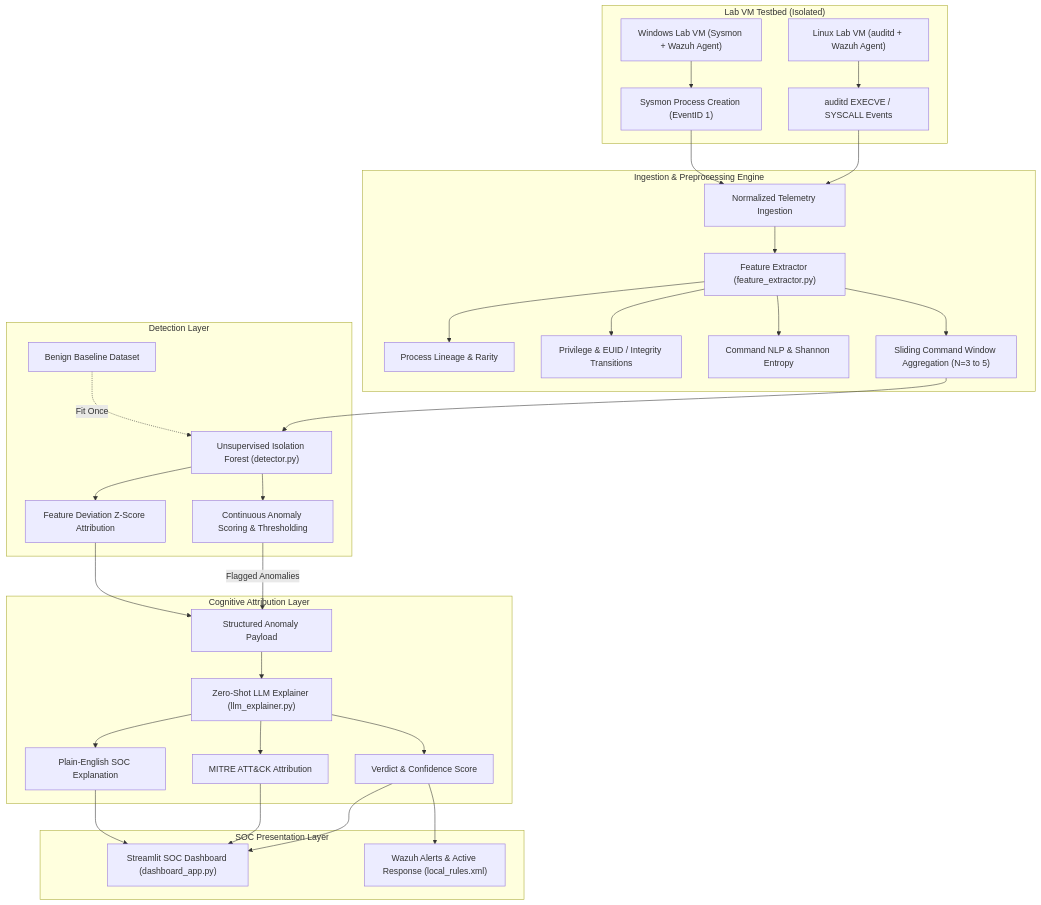
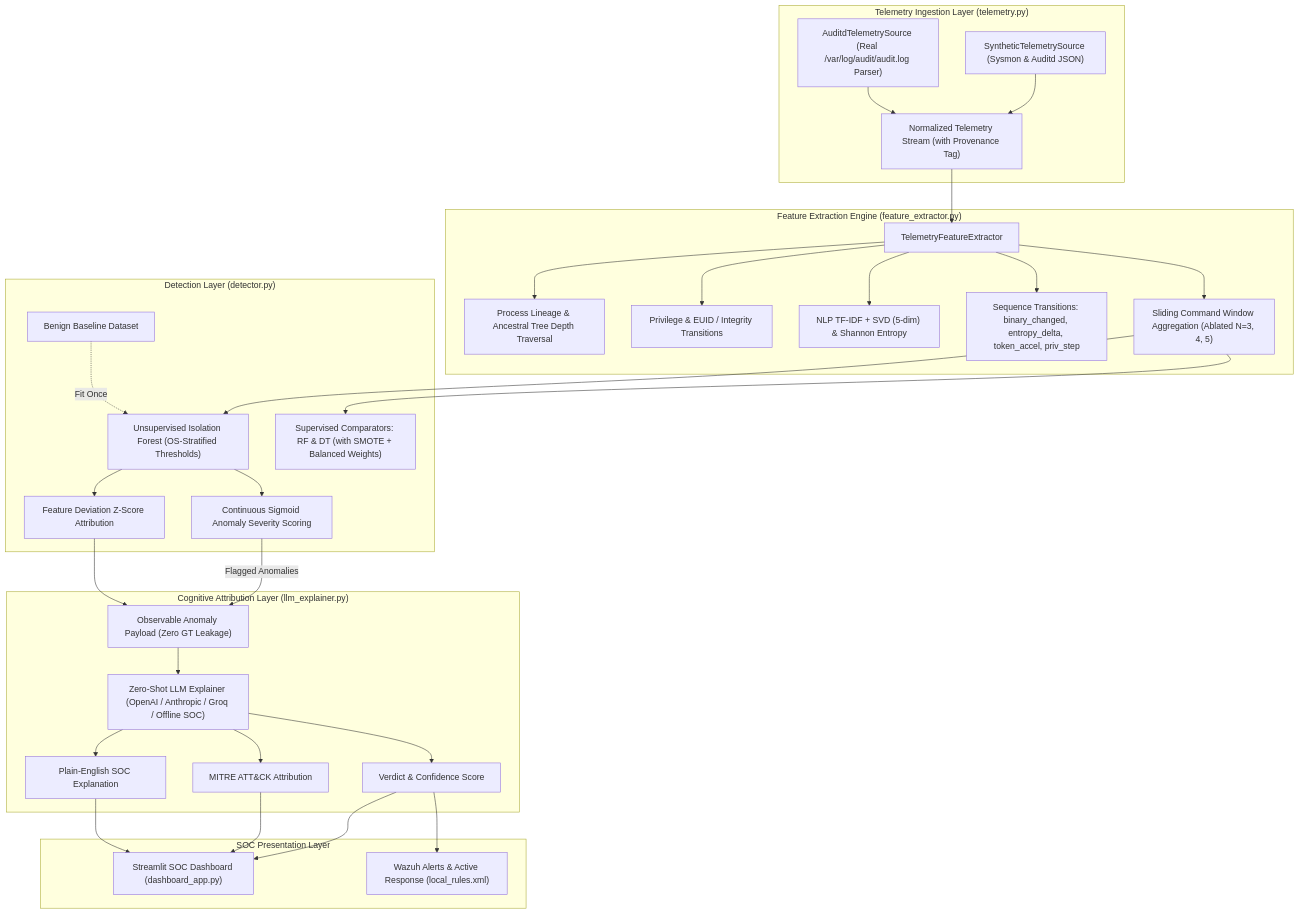
The diagram in docs/SYSTEM_ARCHITECTURE.md (AnveshShivhare/AI-Assisted-Detection-of-LOLBin-Based-Privilege-Escalation), drawn with Mermaid before and after one commit. The commit also changed other lines of this file and 15 other files, not shown here.

Commit message:
Complete Sections 1-5: Auditd parser, SMOTE comparators, ablation studies, and unified documentation

````diff
--- a/docs/SYSTEM_ARCHITECTURE.md
+++ b/docs/SYSTEM_ARCHITECTURE.md
@@ -13,40 +13,42 @@
 ```mermaid
 flowchart TD
-    subgraph "Lab VM Testbed (Isolated)"
-        A1["Linux Lab VM (auditd + Wazuh Agent)"] --> T1["auditd EXECVE / SYSCALL Events"]
-        A2["Windows Lab VM (Sysmon + Wazuh Agent)"] --> T2["Sysmon Process Creation (EventID 1)"]
+    subgraph "Telemetry Ingestion Layer (telemetry.py)"
+        S1["SyntheticTelemetrySource (Sysmon & Auditd JSON)"]
+        S2["AuditdTelemetrySource (Real /var/log/audit/audit.log Parser)"]
+        S1 --> N["Normalized Telemetry Stream (with Provenance Tag)"]
+        S2 --> N
     end
 
-    subgraph "Ingestion & Preprocessing Engine"
-        T1 --> N["Normalized Telemetry Ingestion"]
-        T2 --> N
-        N --> FE["Feature Extractor (feature_extractor.py)"]
-        FE --> L["Process Lineage & Rarity"]
+    subgraph "Feature Extraction Engine (feature_extractor.py)"
+        N --> FE["TelemetryFeatureExtractor"]
+        FE --> L["Process Lineage & Ancestral Tree Depth Traversal"]
         FE --> P["Privilege & EUID / Integrity Transitions"]
-        FE --> NLP["Command NLP & Shannon Entropy"]
-        FE --> SW["Sliding Command Window Aggregation (N=3 to 5)"]
+        FE --> NLP["NLP TF-IDF + SVD (5-dim) & Shannon Entropy"]
+        FE --> TR["Sequence Transitions: binary_changed, entropy_delta, token_accel, priv_step"]
+        FE --> SW["Sliding Command Window Aggregation (Ablated N=3, 4, 5)"]
     end
 
-    subgraph "Detection Layer"
-        SW --> IF["Unsupervised Isolation Forest (detector.py)"]
+    subgraph "Detection Layer (detector.py)"
+        SW --> IF["Unsupervised Isolation Forest (OS-Stratified Thresholds)"]
         B["Benign Baseline Dataset"] -.->|Fit Once| IF
-        IF --> SC["Continuous Anomaly Scoring & Thresholding"]
+        IF --> SC["Continuous Sigmoid Anomaly Severity Scoring"]
         IF --> FD["Feature Deviation Z-Score Attribution"]
+        SW --> SUP["Supervised Comparators: RF & DT (with SMOTE + Balanced Weights)"]
     end
 
-    subgraph "Cognitive Attribution Layer"
-        SC -->|Flagged Anomalies| JSON["Structured Anomaly Payload"]
+    subgraph "Cognitive Attribution Layer (llm_explainer.py)"
+        SC -->|Flagged Anomalies| JSON["Observable Anomaly Payload (Zero GT Leakage)"]
         FD --> JSON
-        JSON --> LLM["Zero-Shot LLM Explainer (llm_explainer.py)"]
+        JSON --> LLM["Zero-Shot LLM Explainer (OpenAI / Anthropic / Groq / Offline SOC)"]
         LLM --> V["Verdict & Confidence Score"]
         LLM --> MITRE["MITRE ATT&CK Attribution"]
         LLM --> ENG["Plain-English SOC Explanation"]
     end
 
     subgraph "SOC Presentation Layer"
         V --> DASH["Streamlit SOC Dashboard (dashboard_app.py)"]
         MITRE --> DASH
         ENG --> DASH
         V --> WZ["Wazuh Alerts & Active Response (local_rules.xml)"]
     end
 ```
````
